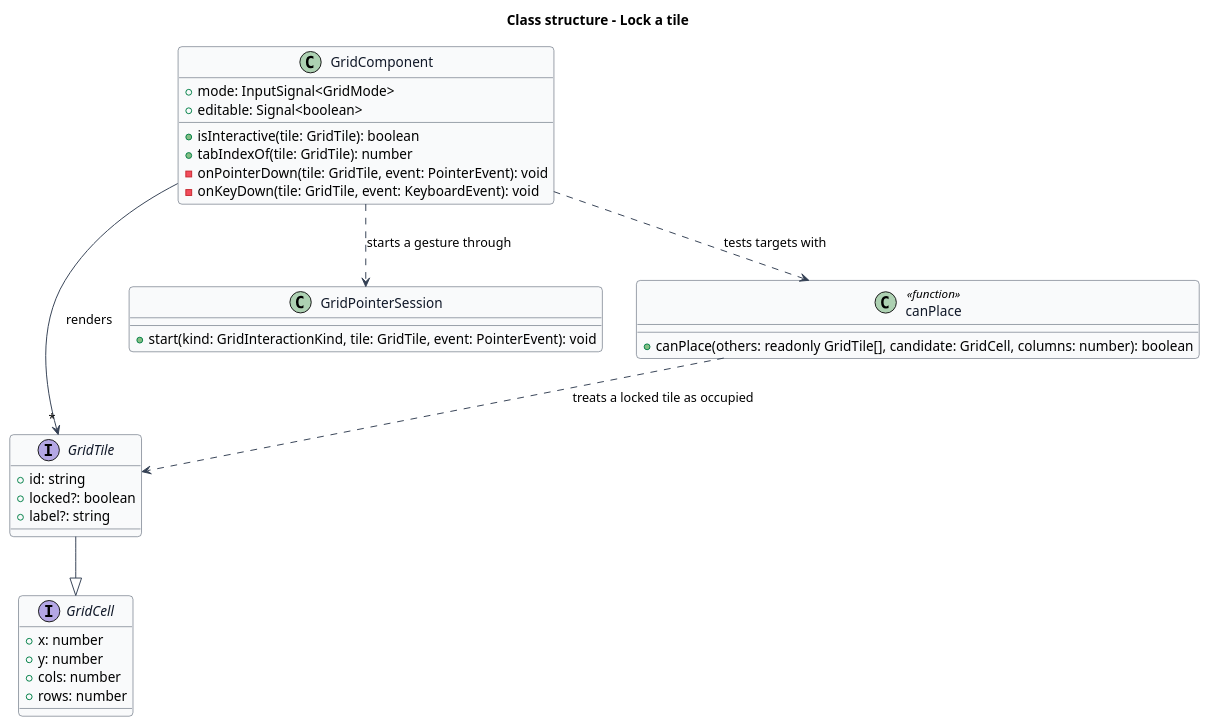
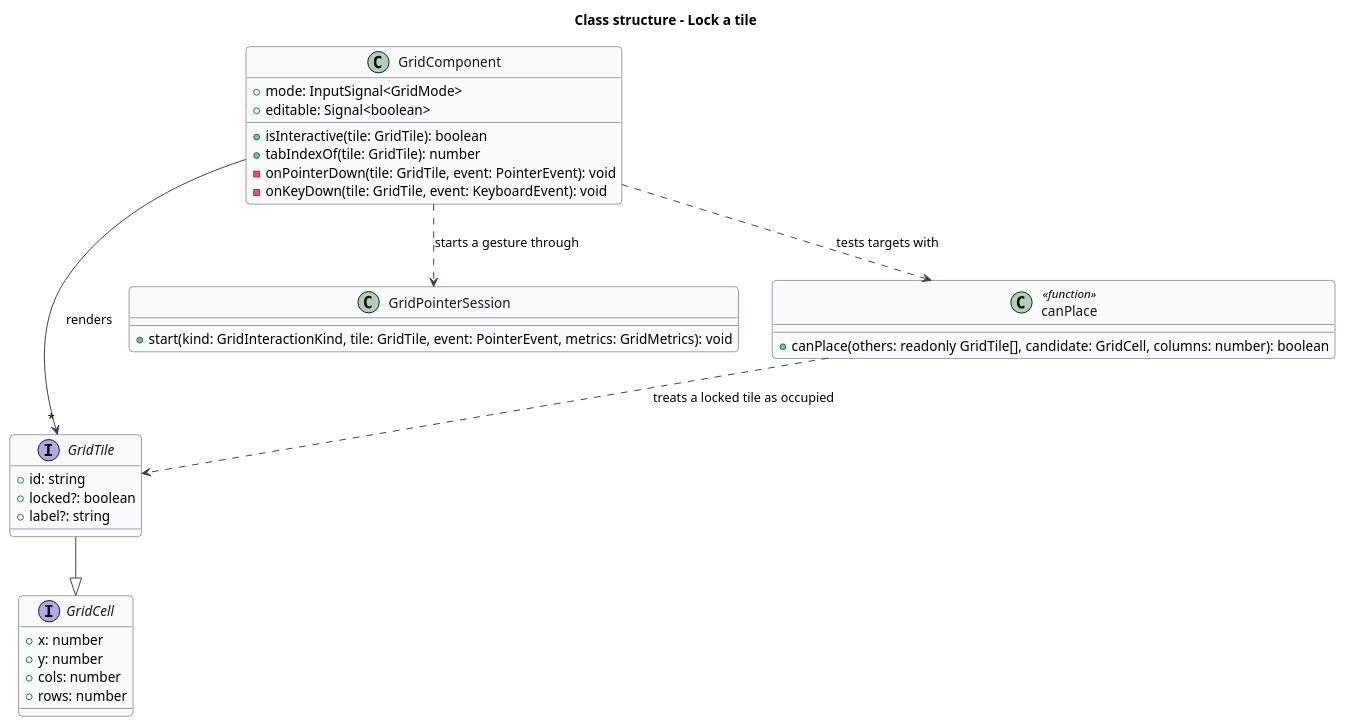
The diagram in docs/detailed-designs/tile-interaction/lock-a-tile/diagrams/class-structure.puml (QuinntyneBrown/qbc-grid), drawn with PlantUML before and after one commit. The commit also changed 25 other files, not shown here.

Commit message:
docs: expand tile interaction and viewport designs

```diff
--- a/docs/detailed-designs/tile-interaction/lock-a-tile/diagrams/class-structure.puml
+++ b/docs/detailed-designs/tile-interaction/lock-a-tile/diagrams/class-structure.puml
@@ -1,51 +1,51 @@
 @startuml
 ' --- shared skin header ---
 skinparam backgroundColor #FFFFFF
 skinparam shadowing false
 skinparam roundcorner 8
 skinparam defaultFontName Arial
 skinparam ArrowColor #344054
 skinparam class {
   BorderColor #344054
   FontColor #101828
   BackgroundColor #F9FAFB
 }
 ' --------------------------
 title Class structure - Lock a tile
 
 interface GridCell {
   +x: number
   +y: number
   +cols: number
   +rows: number
 }
 
 interface GridTile {
   +id: string
   +locked?: boolean
   +label?: string
 }
 
 class GridComponent {
   +mode: InputSignal<GridMode>
   +editable: Signal<boolean>
   +isInteractive(tile: GridTile): boolean
   +tabIndexOf(tile: GridTile): number
   -onPointerDown(tile: GridTile, event: PointerEvent): void
   -onKeyDown(tile: GridTile, event: KeyboardEvent): void
 }
 
 class GridPointerSession {
-  +start(kind: GridInteractionKind, tile: GridTile, event: PointerEvent): void
+  +start(kind: GridInteractionKind, tile: GridTile, event: PointerEvent, metrics: GridMetrics): void
 }
 
 class canPlace <<function>> {
   +canPlace(others: readonly GridTile[], candidate: GridCell, columns: number): boolean
 }
 
 GridTile --|> GridCell
 GridComponent --> "*" GridTile : renders
 GridComponent ..> GridPointerSession : starts a gesture through
 GridComponent ..> canPlace : tests targets with
 canPlace ..> GridTile : treats a locked tile as occupied
 @enduml
```
